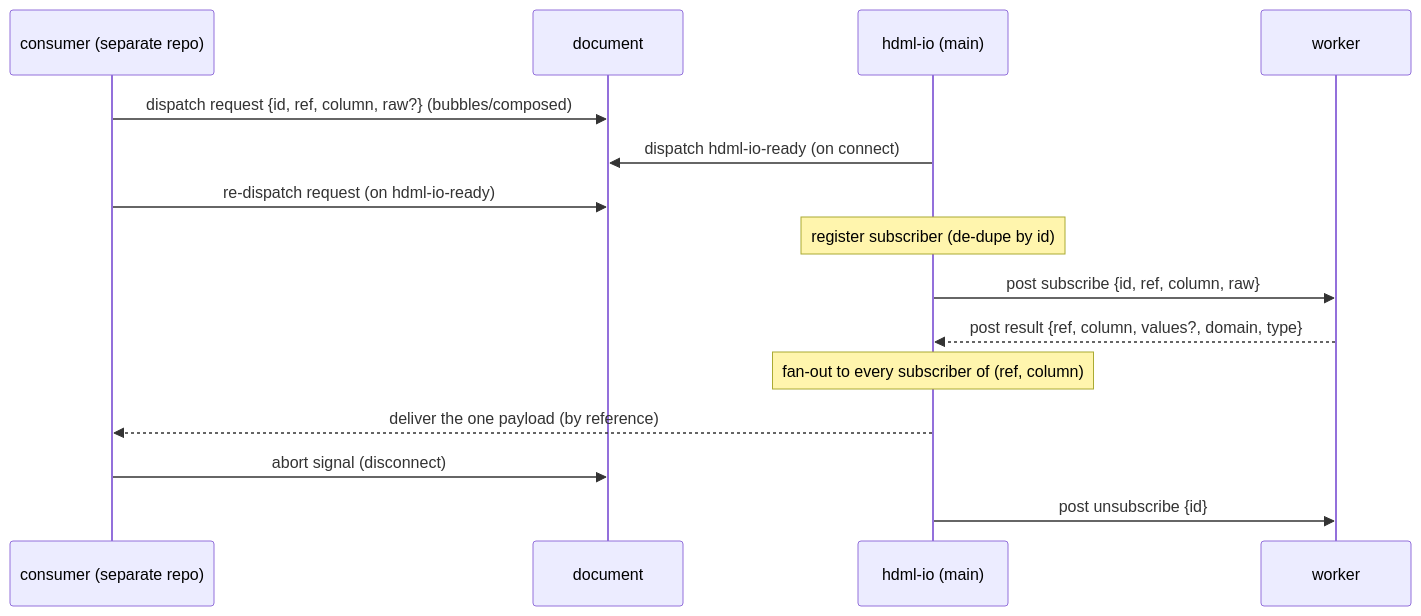
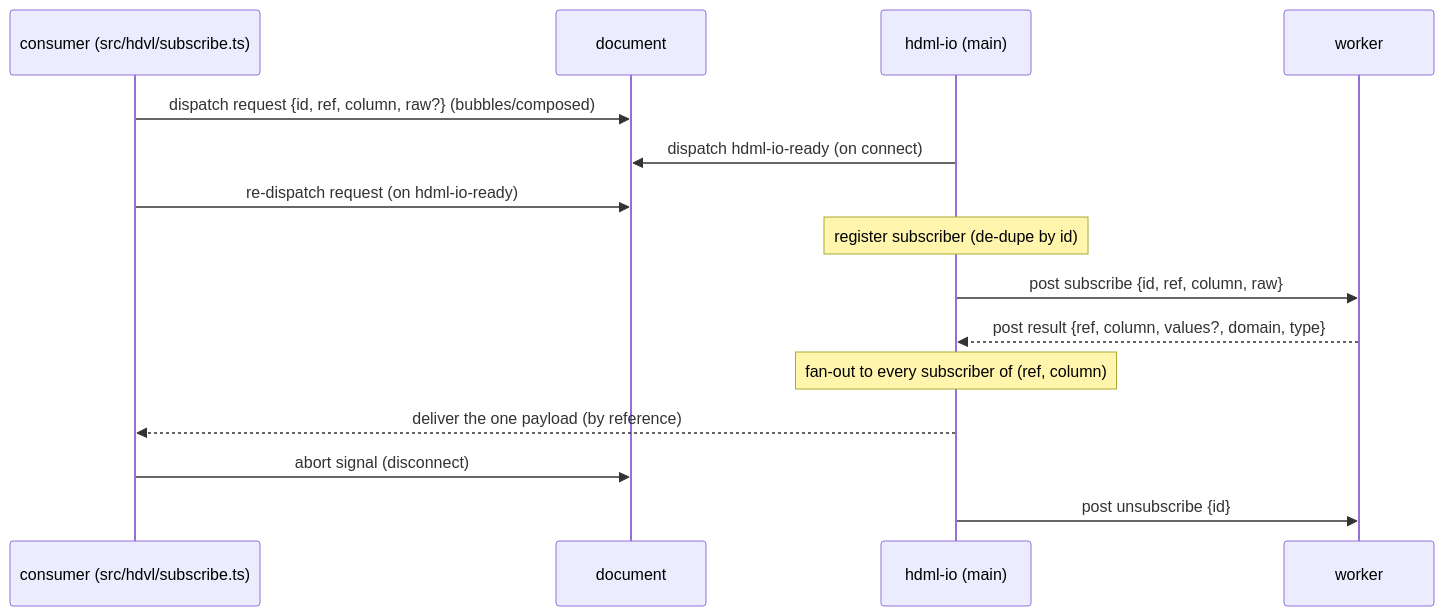
The fourth of 7 diagrams in docs/architecture.md (HDML-Foundation/HDML-Components), drawn with Mermaid before and after one commit. The commit also changed other lines of this file and 10 other files, not shown here.

````diff
--- a/docs/architecture.md
+++ b/docs/architecture.md
@@ -211,17 +216,17 @@
 ```mermaid
 sequenceDiagram
-  participant C as consumer (separate repo)
+  participant C as consumer (src/hdvl/subscribe.ts)
   participant Doc as document
   participant Io as hdml-io (main)
   participant W as worker
   C->>Doc: dispatch request {id, ref, column, raw?} (bubbles/composed)
   Io->>Doc: dispatch hdml-io-ready (on connect)
   C->>Doc: re-dispatch request (on hdml-io-ready)
   Note over Io: register subscriber (de-dupe by id)
   Io->>W: post subscribe {id, ref, column, raw}
   W-->>Io: post result {ref, column, values?, domain, type}
   Note over Io: fan-out to every subscriber of (ref, column)
   Io-->>C: deliver the one payload (by reference)
   C->>Doc: abort signal (disconnect)
   Io->>W: post unsubscribe {id}
 ```
````
